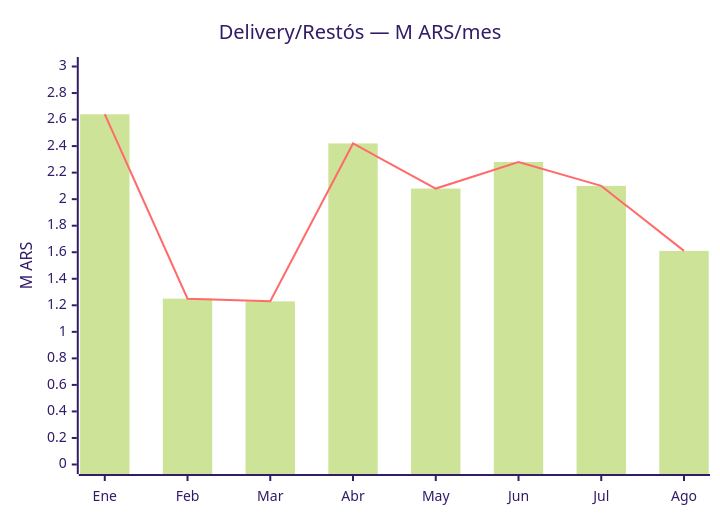
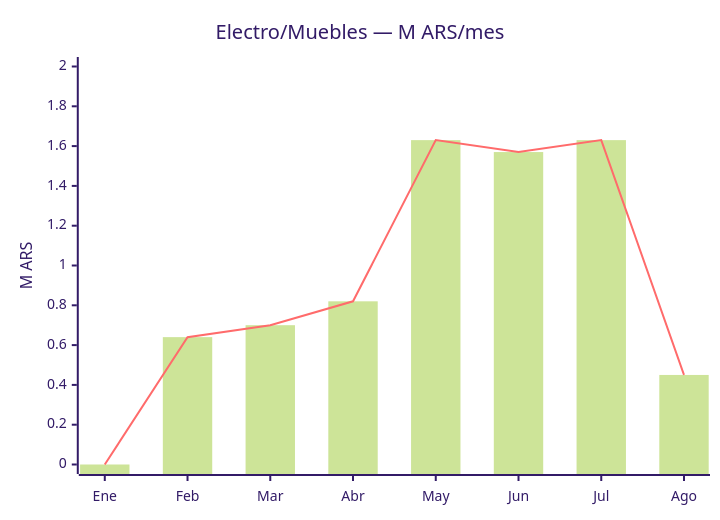
The fifth of 8 diagrams in Finanzas/Tarjetas/Panorama de Gastos.md (mercurioctrl/obsidian-hermess), drawn with Mermaid (forest theme) before and after one commit. The commit also changed other lines of this file and 1 other file, not shown here.

````diff
--- a/Finanzas/Tarjetas/Panorama de Gastos.md
+++ b/Finanzas/Tarjetas/Panorama de Gastos.md
@@ -90,8 +106,8 @@
 ```mermaid
 xychart-beta
-    title "Delivery/Restós — M ARS/mes"
+    title "Electro/Muebles — M ARS/mes"
     x-axis [Ene, Feb, Mar, Abr, May, Jun, Jul, Ago]
-    y-axis "M ARS" 0 --> 3
-    bar [2.64, 1.25, 1.23, 2.42, 2.08, 2.28, 2.1, 1.61]
-    line [2.64, 1.25, 1.23, 2.42, 2.08, 2.28, 2.1, 1.61]
+    y-axis "M ARS" 0 --> 2
+    bar [0.0, 0.64, 0.7, 0.82, 1.63, 1.57, 1.63, 0.45]
+    line [0.0, 0.64, 0.7, 0.82, 1.63, 1.57, 1.63, 0.45]
 ```
````
